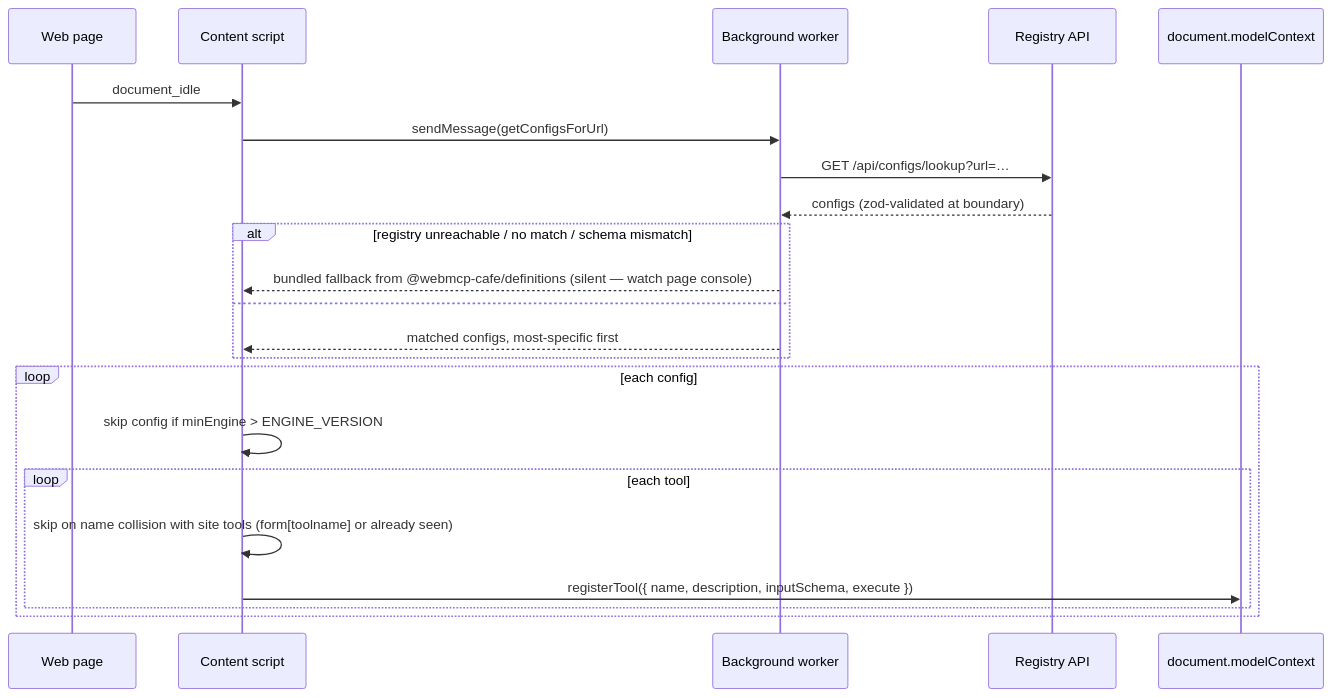
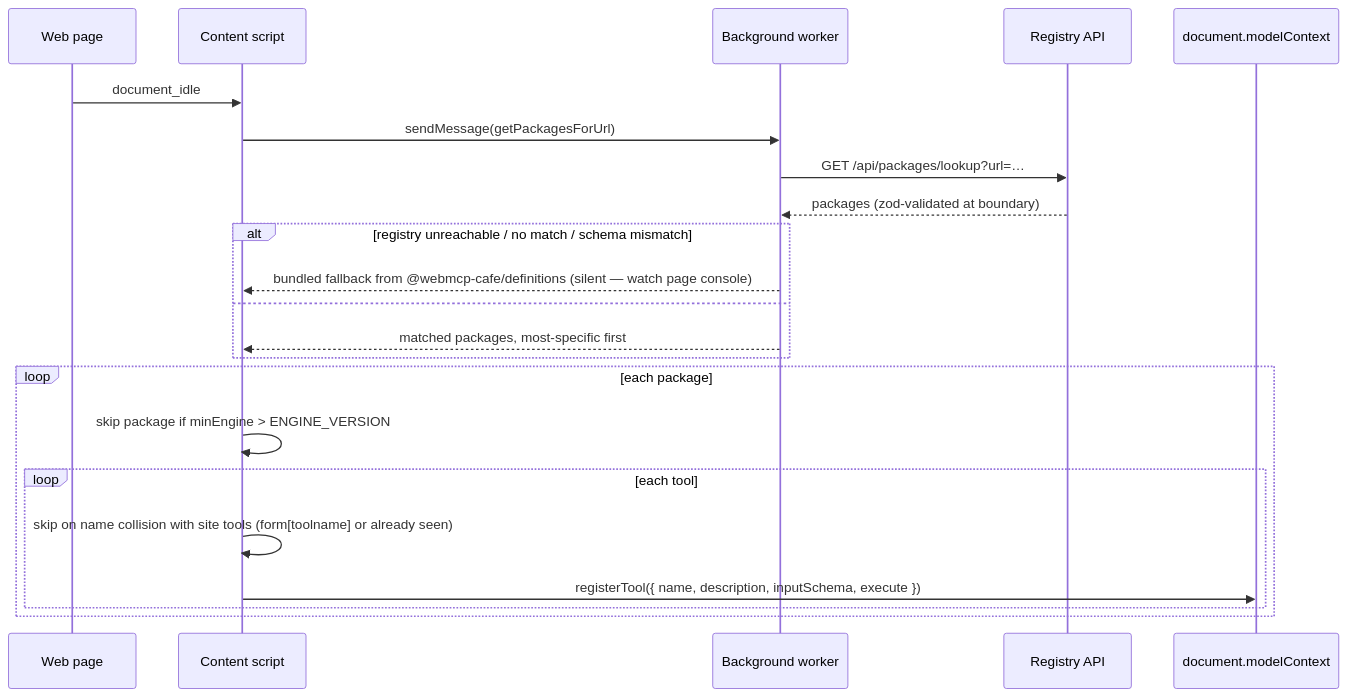
The third of 5 diagrams in ARCHITECTURE.md (robertn702/webmcp-today), drawn with Mermaid before and after one commit. The commit also changed other lines of this file and 15 other files, not shown here.

First line of the commit message:
docs: rename the config entity to package across all docs

````diff
--- a/ARCHITECTURE.md
+++ b/ARCHITECTURE.md
@@ -87,25 +87,25 @@
 ```mermaid
 sequenceDiagram
     participant P as Web page
     participant CS as Content script
     participant BG as Background worker
     participant R as Registry API
     participant MC as document.modelContext
 
     P->>CS: document_idle
-    CS->>BG: sendMessage(getConfigsForUrl)
-    BG->>R: GET /api/configs/lookup?url=…
-    R-->>BG: configs (zod-validated at boundary)
+    CS->>BG: sendMessage(getPackagesForUrl)
+    BG->>R: GET /api/packages/lookup?url=…
+    R-->>BG: packages (zod-validated at boundary)
     alt registry unreachable / no match / schema mismatch
         BG-->>CS: bundled fallback from @webmcp-cafe/definitions (silent — watch page console)
     else
-        BG-->>CS: matched configs, most-specific first
+        BG-->>CS: matched packages, most-specific first
     end
-    loop each config
-        CS->>CS: skip config if minEngine > ENGINE_VERSION
+    loop each package
+        CS->>CS: skip package if minEngine > ENGINE_VERSION
         loop each tool
             CS->>CS: skip on name collision with site tools (form[toolname] or already seen)
             CS->>MC: registerTool({ name, description, inputSchema, execute })
         end
     end
 ```
````
